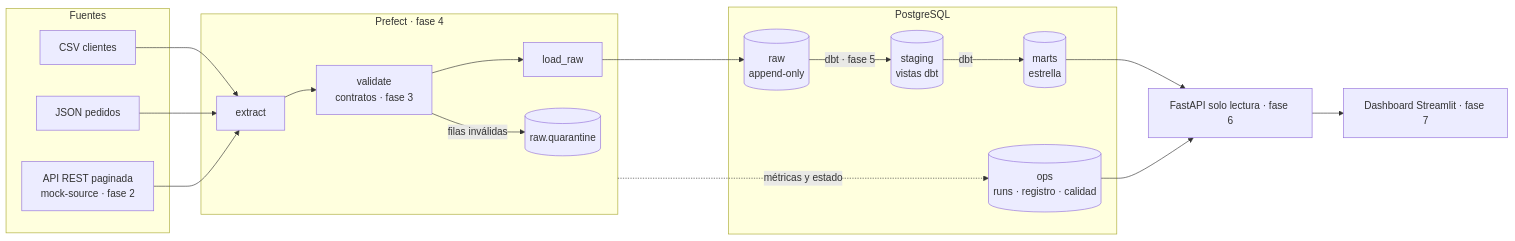
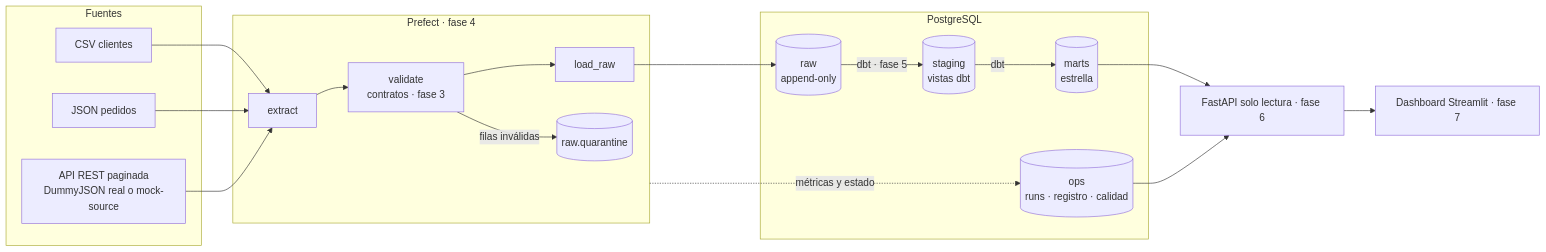
One commit to JuanSGarciaC/datapulse changed the first of 3 diagrams in docs/architecture.md. Above: the diagram before and after it, drawn with Mermaid. The commit also changed other lines of this file and 35 other files, not shown here.

First line of the commit message:
feat: fase 2 - datos sintéticos reproducibles y API simulada con contrato real

````diff
--- a/docs/architecture.md
+++ b/docs/architecture.md
@@ -8,30 +8,30 @@
 ```mermaid
 flowchart LR
     subgraph Fuentes
         CSV[CSV clientes]
         JSON[JSON pedidos]
-        API[API REST paginada<br/>mock-source · fase 2]
+        API[API REST paginada<br/>DummyJSON real o mock-source]
     end
 
     subgraph Orquestación["Prefect · fase 4"]
         EX[extract] --> VA[validate<br/>contratos · fase 3] --> LO[load_raw]
         VA -- filas inválidas --> Q[(raw.quarantine)]
     end
 
     subgraph PostgreSQL
         RAW[(raw<br/>append-only)]
         STG[(staging<br/>vistas dbt)]
         MART[(marts<br/>estrella)]
         OPS[(ops<br/>runs · registro · calidad)]
     end
 
     CSV --> EX
     JSON --> EX
     API --> EX
     LO --> RAW
     RAW -- dbt · fase 5 --> STG -- dbt --> MART
     Orquestación -. métricas y estado .-> OPS
     MART --> FAPI[FastAPI solo lectura · fase 6]
     OPS --> FAPI
     FAPI --> DASH[Dashboard Streamlit · fase 7]
 ```
````
